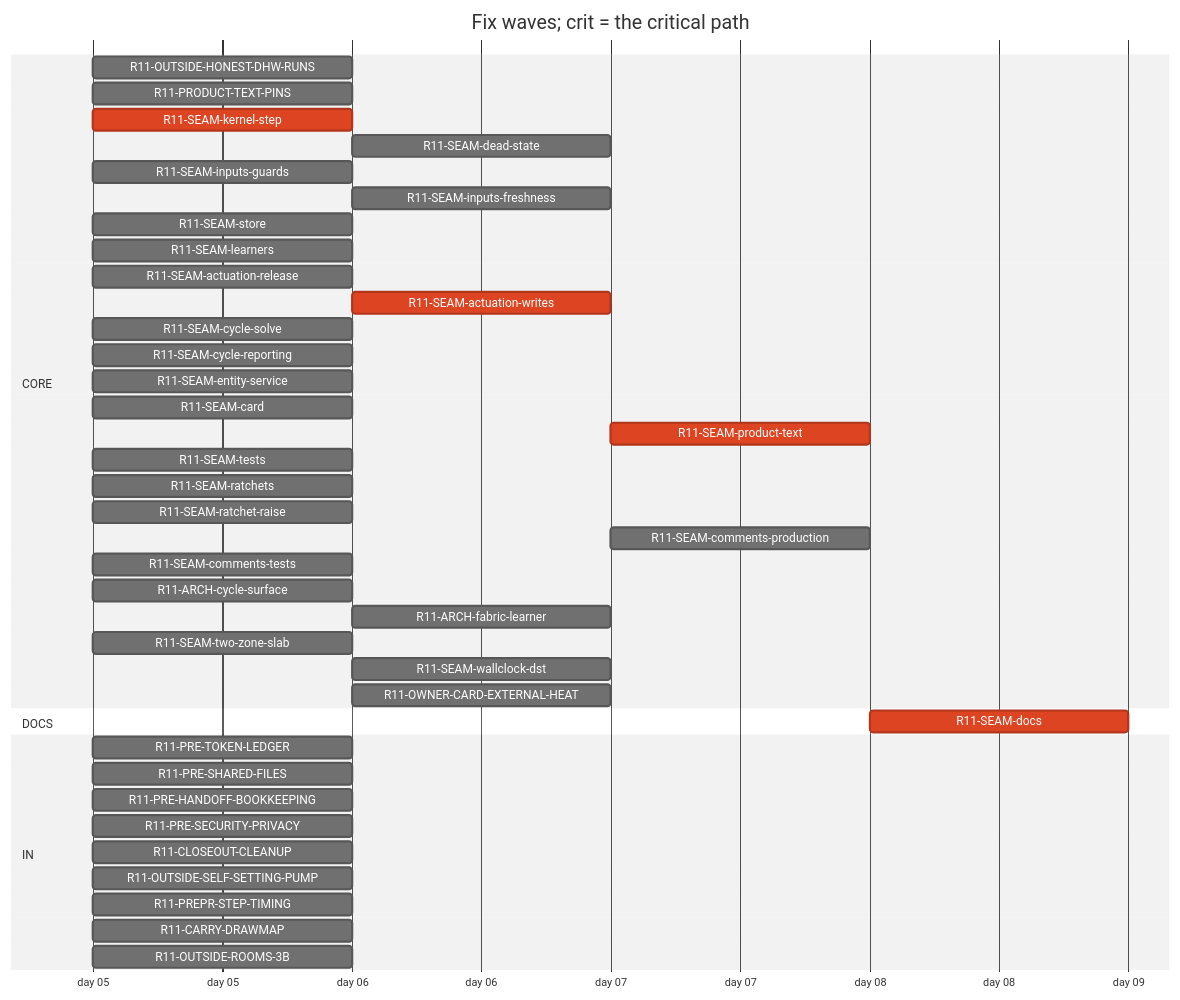
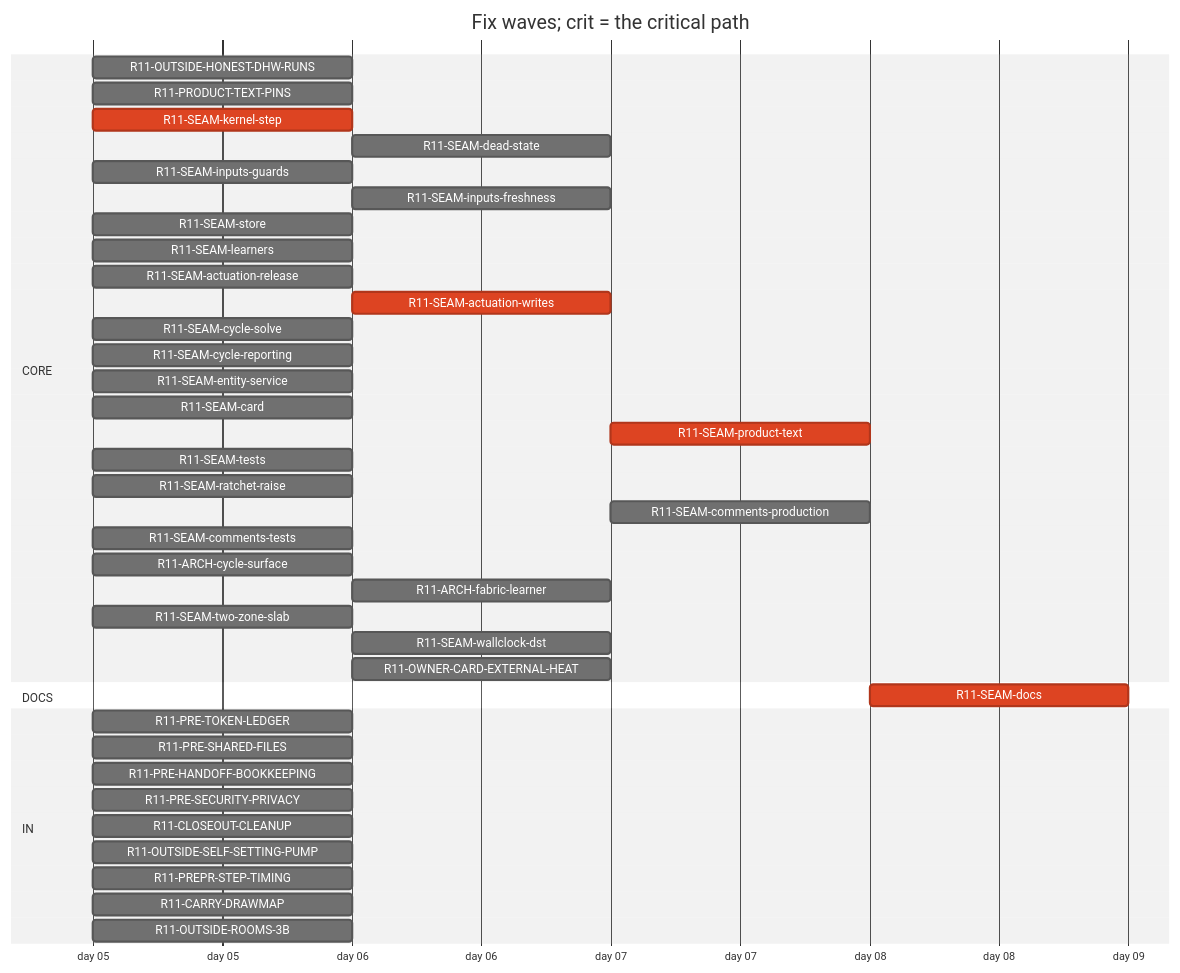
Before and after one commit to tvofi/heatpump_optimizer: the diagram in handoff/round11/state/PLAN-TABLE.md, drawn with Mermaid (neutral theme). The commit also changed other lines of this file and 4 other files, not shown here.

Commit message:
state: FLOW-BOARD.md, NEXT-SESSION-PROMPT.md, PLAN-TABLE.md, PLAN.html, RESUME-CURRENT.md regenerated (state_docs.py)

````diff
--- a/handoff/round11/state/PLAN-TABLE.md
+++ b/handoff/round11/state/PLAN-TABLE.md
@@ -16,44 +16,43 @@
 ```mermaid
 gantt
   title Fix waves; crit = the critical path
   dateFormat YYYY-MM-DD
   axisFormat day %d
   section CORE
     R11-OUTSIDE-HONEST-DHW-RUNS :r11OUTSIDEHONESTDHWRUNS, 2026-01-05, 1d
     R11-PRODUCT-TEXT-PINS :r11PRODUCTTEXTPINS, 2026-01-05, 1d
     R11-SEAM-kernel-step :crit, r11SEAMkernelstep, 2026-01-05, 1d
     R11-SEAM-dead-state :r11SEAMdeadstate, after r11SEAMstore, 1d
     R11-SEAM-inputs-guards :r11SEAMinputsguards, 2026-01-05, 1d
     R11-SEAM-inputs-freshness :r11SEAMinputsfreshness, after r11SEAMkernelstep, 1d
     R11-SEAM-store :r11SEAMstore, 2026-01-05, 1d
     R11-SEAM-learners :r11SEAMlearners, 2026-01-05, 1d
     R11-SEAM-actuation-release :r11SEAMactuationrelease, 2026-01-05, 1d
     R11-SEAM-actuation-writes :crit, r11SEAMactuationwrites, after r11SEAMkernelstep r11SEAMactuationrelease, 1d
     R11-SEAM-cycle-solve :r11SEAMcyclesolve, 2026-01-05, 1d
     R11-SEAM-cycle-reporting :r11SEAMcyclereporting, 2026-01-05, 1d
     R11-SEAM-entity-service :r11SEAMentityservice, 2026-01-05, 1d
     R11-SEAM-card :r11SEAMcard, 2026-01-05, 1d
     R11-SEAM-product-text :crit, r11SEAMproducttext, after r11SEAMactuationrelease r11SEAMactuationwrites r11SEAMentityservice r11SEAMinputsguards r11SEAMinputsfreshness r11SEAMcyclesolve r11SEAMcyclereporting, 1d
     R11-SEAM-tests :r11SEAMtests, 2026-01-05, 1d
-    R11-SEAM-ratchets :r11SEAMratchets, 2026-01-05, 1d
     R11-SEAM-ratchet-raise :r11SEAMratchetraise, 2026-01-05, 1d
     R11-SEAM-comments-production :r11SEAMcommentsproduction, after r11SEAMactuationrelease r11SEAMactuationwrites r11SEAMentityservice r11SEAMinputsguards r11SEAMinputsfreshness r11SEAMcyclesolve r11SEAMcyclereporting, 1d
     R11-SEAM-comments-tests :r11SEAMcommentstests, 2026-01-05, 1d
     R11-ARCH-cycle-surface :r11ARCHcyclesurface, 2026-01-05, 1d
     R11-ARCH-fabric-learner :r11ARCHfabriclearner, after r11SEAMlearners, 1d
     R11-SEAM-two-zone-slab :r11SEAMtwozoneslab, 2026-01-05, 1d
     R11-SEAM-wallclock-dst :r11SEAMwallclockdst, after r11SEAMkernelstep, 1d
     R11-OWNER-CARD-EXTERNAL-HEAT :r11OWNERCARDEXTERNALHEAT, after r11SEAMcard, 1d
   section DOCS
     R11-SEAM-docs :crit, r11SEAMdocs, after r11SEAMlearners r11SEAMactuationrelease r11SEAMactuationwrites r11SEAMentityservice r11SEAMinputsguards r11SEAMinputsfreshness r11SEAMcyclesolve r11SEAMcyclereporting r11SEAMcard r11SEAMproducttext, 1d
   section IN
     R11-PRE-TOKEN-LEDGER :r11PRETOKENLEDGER, 2026-01-05, 1d
     R11-PRE-SHARED-FILES :r11PRESHAREDFILES, 2026-01-05, 1d
     R11-PRE-HANDOFF-BOOKKEEPING :r11PREHANDOFFBOOKKEEPING, 2026-01-05, 1d
     R11-PRE-SECURITY-PRIVACY :r11PRESECURITYPRIVACY, 2026-01-05, 1d
     R11-CLOSEOUT-CLEANUP :r11CLOSEOUTCLEANUP, 2026-01-05, 1d
     R11-OUTSIDE-SELF-SETTING-PUMP :r11OUTSIDESELFSETTINGPUMP, 2026-01-05, 1d
     R11-PREPR-STEP-TIMING :r11PREPRSTEPTIMING, 2026-01-05, 1d
     R11-CARRY-DRAWMAP :r11CARRYDRAWMAP, 2026-01-05, 1d
     R11-OUTSIDE-ROOMS-3B :r11OUTSIDEROOMS3B, 2026-01-05, 1d
 ```
````
